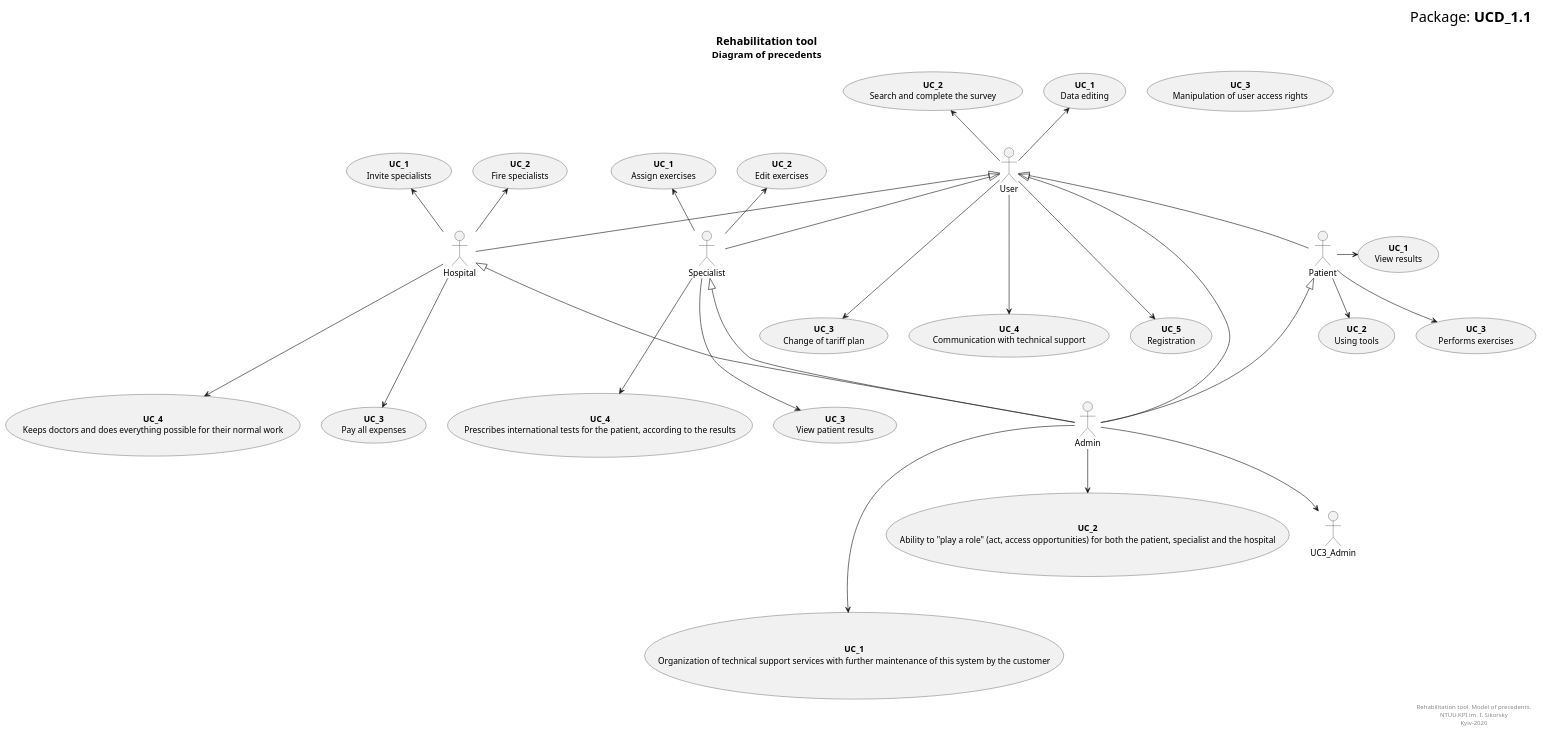
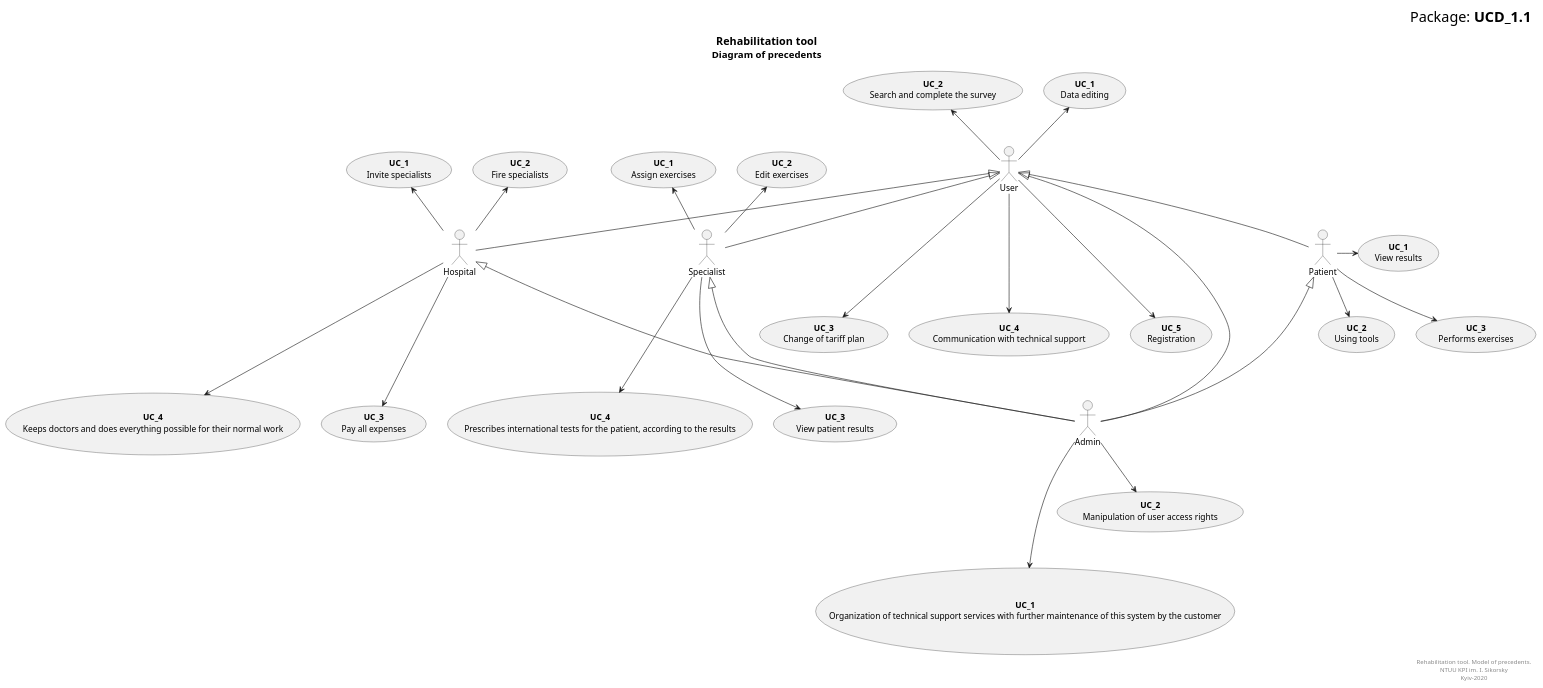
One commit to kpi-db-group/kpi-db-group changed the diagram in uml/general/model_view.pu. Above: the diagram before and after it, drawn with PlantUML.

Commit message:
delete uc2

```diff
--- a/uml/general/model_view.pu
+++ b/uml/general/model_view.pu
@@ -1,87 +1,85 @@
 @startuml ModelView
 right header
 <font size=24 color=black>Package: <b>UCD_1.1
 end header
 
 title
 <font size=18 color=black>Rehabilitation tool
 <font size=16 color=black>Diagram of precedents
 end title
 
 actor "User" as User
 actor "Patient" as Patient
 actor "Specialist" as Specialist
 actor "Hospital" as Hospital
 actor "Admin" as Admin
 
 ' UCes for User:
 usecase "<b>UC_1</b>\nData editing" as UC1_User
 usecase "<b>UC_2</b>\nSearch and complete the survey" as UC2_User
 usecase "<b>UC_3</b>\nChange of tariff plan" as UC3_User
 usecase "<b>UC_4</b>\nCommunication with technical support" as UC4_User
 usecase "<b>UC_5</b>\nRegistration" as UC5_User
 
 ' UCes for Patient:
 usecase "<b>UC_1</b>\nView results" as UC1_Patient
 usecase "<b>UC_2</b>\nUsing tools" as UC2_Patient
 usecase "<b>UC_3</b>\nPerforms exercises" as UC3_Patient
 
 ' UCes for Specialist:
 usecase "<b>UC_1</b>\nAssign exercises" as UC1_Specialist
 usecase "<b>UC_2</b>\nEdit exercises" as UC2_Specialist
 usecase "<b>UC_3</b>\nView patient results" as UC3_Specialist
 usecase "<b>UC_4</b>\nPrescribes international tests for the patient, according to the results" as UC4_Specialist
 
 ' UCes for Hospital:
 usecase "<b>UC_1</b>\nInvite specialists" as UC1_Hospital
 usecase "<b>UC_2</b>\nFire specialists" as UC2_Hospital
 usecase "<b>UC_3</b>\nPay all expenses" as UC3_Hospital
 usecase "<b>UC_4</b>\nKeeps doctors and does everything possible for their normal work" as UC4_Hospital
 
 ' UCes for Admin:
 usecase "<b>UC_1</b>\nOrganization of technical support services with further maintenance of this system by the customer" as UC1_Admin
-usecase "<b>UC_2</b>\nAbility to "play a role" (act, access opportunities) for both the patient, specialist and the hospital" as UC2_Admin
-usecase "<b>UC_3</b>\nManipulation of user access rights" as UC4_Admin
+usecase "<b>UC_2</b>\nManipulation of user access rights" as UC2_Admin
 
 ' Actors connections
 Patient -u-|> User
 Specialist -u-|> User
 Hospital -u-|> User
 
 Admin -u--|> User
 Admin -u--|> Patient
 Admin -u--|> Specialist
 Admin -u--|> Hospital
 
 ' UCes connectios
 
 User -u-> UC1_User
 User -u-> UC2_User
 User -d--> UC3_User
 User -d--> UC4_User
 User -d--> UC5_User
 
 Patient -r-> UC1_Patient
 Patient -d-> UC2_Patient
 Patient -d-> UC3_Patient
 
 Specialist -u-> UC1_Specialist
 Specialist -u-> UC2_Specialist
 Specialist -d--> UC3_Specialist
 Specialist -d--> UC4_Specialist
 
 Hospital -u-> UC1_Hospital
 Hospital -u-> UC2_Hospital
 Hospital -d--> UC3_Hospital
 Hospital -d--> UC4_Hospital
 
 Admin -d--> UC1_Admin
 Admin -d-> UC2_Admin
-Admin -d-> UC3_Admin
 
 right footer
 Rehabilitation tool. Model of precedents.
 NTUU KPI im. I. Sikorsky
 Kyiv-2020
 end footer
 @enduml
```
